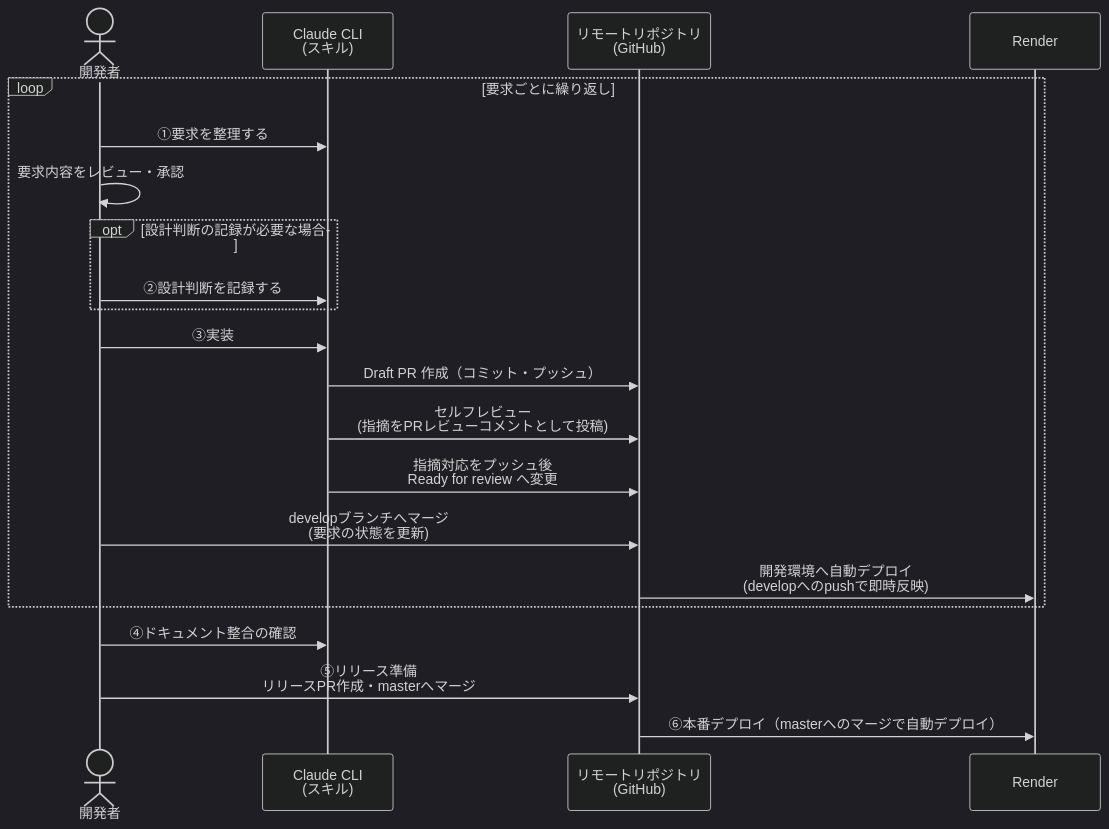
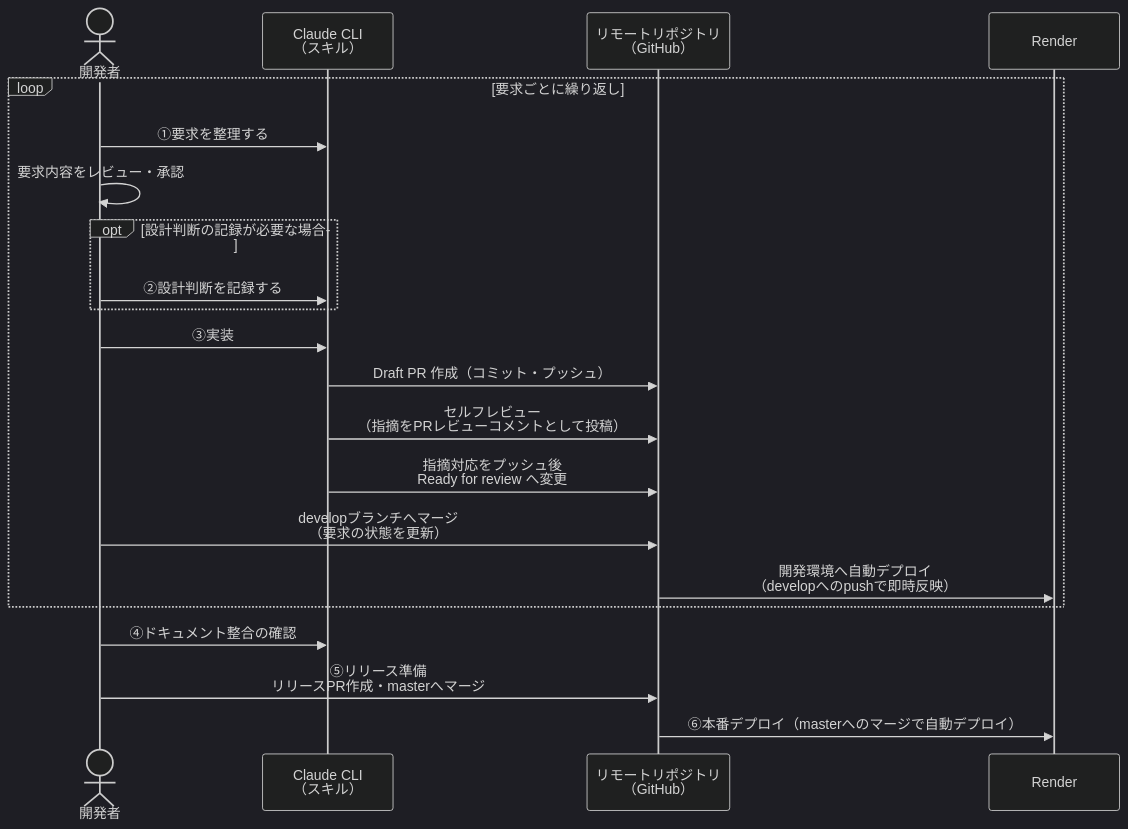
One commit to my-shelfio/ennx changed the diagram in .claude/rules/git-workflow.md. Above: the diagram before and after it, drawn with Mermaid (dark theme). The commit also changed other lines of this file and 1 other file, not shown here.

Commit message:
chore: 移行元(itokohei0/ennx)の旧イシュー番号参照を解消（ドキュメント側 続き）

````diff
--- a/.claude/rules/git-workflow.md
+++ b/.claude/rules/git-workflow.md
@@ -92,24 +92,24 @@
 ```mermaid
 sequenceDiagram
     actor P1 as 開発者
-    participant C as Claude CLI<br>(スキル)
-    participant R as リモートリポジトリ<br>(GitHub)
+    participant C as Claude CLI<br>（スキル）
+    participant R as リモートリポジトリ<br>（GitHub）
     participant A as Render
 
     loop 要求ごとに繰り返し
         P1->>C: ①要求を整理する
         P1->>P1: 要求内容をレビュー・承認
         opt 設計判断の記録が必要な場合
             P1->>C: ②設計判断を記録する
         end
         P1->>C: ③実装
         C->>R: Draft PR 作成（コミット・プッシュ）
-        C->>R: セルフレビュー<br>(指摘をPRレビューコメントとして投稿)
+        C->>R: セルフレビュー<br>（指摘をPRレビューコメントとして投稿）
         C->>R: 指摘対応をプッシュ後<br>Ready for review へ変更
-        P1->>R: developブランチへマージ<br>(要求の状態を更新)
-        R->>A: 開発環境へ自動デプロイ<br>(developへのpushで即時反映)
+        P1->>R: developブランチへマージ<br>（要求の状態を更新）
+        R->>A: 開発環境へ自動デプロイ<br>（developへのpushで即時反映）
     end
     P1->>C: ④ドキュメント整合の確認
     P1->>R: ⑤リリース準備<br>リリースPR作成・masterへマージ
     R->>A: ⑥本番デプロイ（masterへのマージで自動デプロイ）
 ```
````
